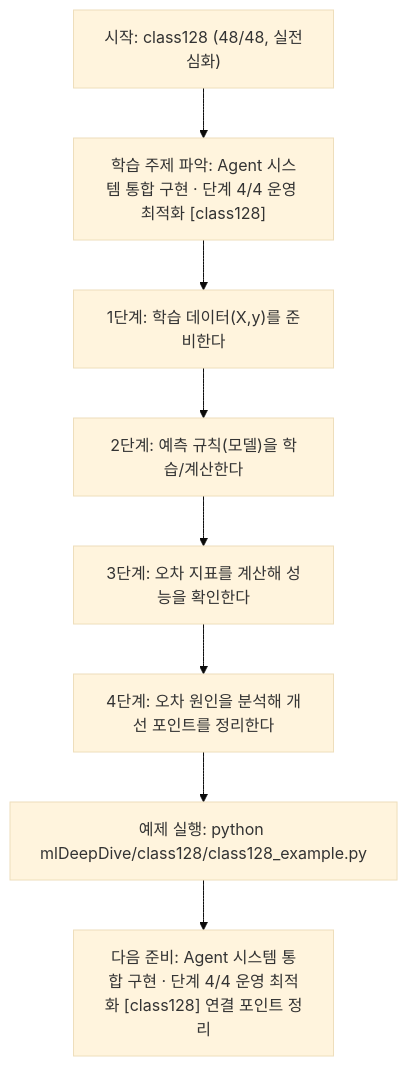
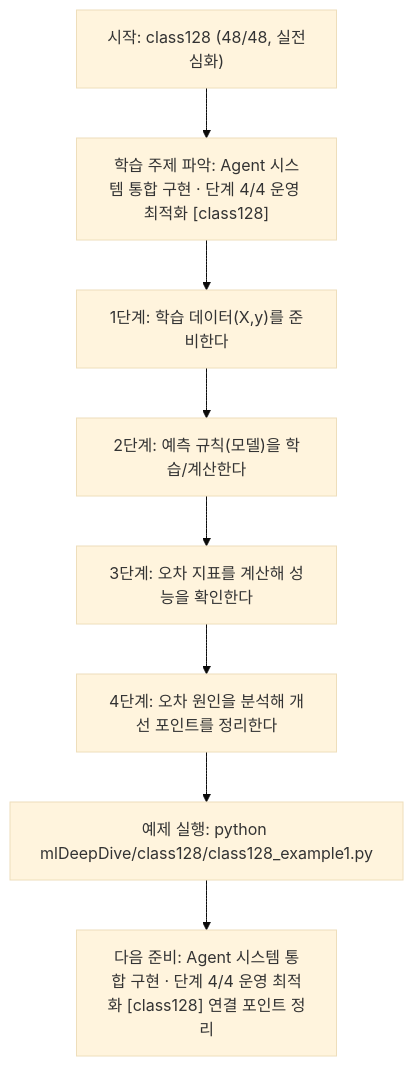
Before and after one commit to edumgt/Python-AI_Agent-Class: the diagram in mlDeepDive/class128/class128.md, drawn with Mermaid (base theme). The commit also changed other lines of this file and 2959 other files, not shown here.

````diff
--- a/mlDeepDive/class128/class128.md
+++ b/mlDeepDive/class128/class128.md
@@ -111,18 +111,18 @@
 ```mermaid
 flowchart TD
 N1["시작: class128 (48/48, 실전심화)"]
 N2["학습 주제 파악: Agent 시스템 통합 구현 · 단계 4/4 운영 최적화 [class128]"]
 N3["1단계: 학습 데이터(X,y)를 준비한다"]
 N4["2단계: 예측 규칙(모델)을 학습/계산한다"]
 N5["3단계: 오차 지표를 계산해 성능을 확인한다"]
 N6["4단계: 오차 원인을 분석해 개선 포인트를 정리한다"]
-N7["예제 실행: python mlDeepDive/class128/class128_example.py"]
+N7["예제 실행: python mlDeepDive/class128/class128_example1.py"]
 N8["다음 준비: Agent 시스템 통합 구현 · 단계 4/4 운영 최적화 [class128] 연결 포인트 정리"]
 N1 --> N2
 N2 --> N3
 N3 --> N4
 N4 --> N5
 N5 --> N6
 N6 --> N7
 N7 --> N8
 ```
````
